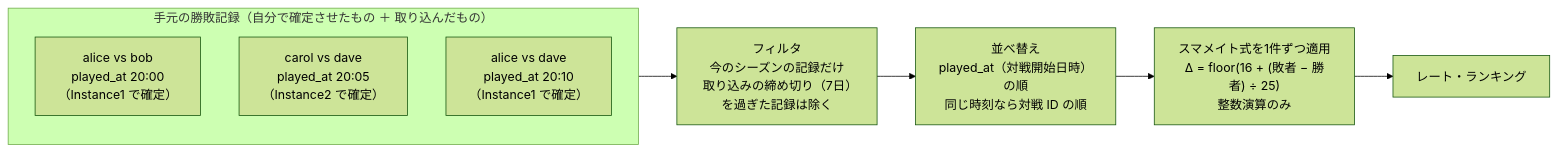
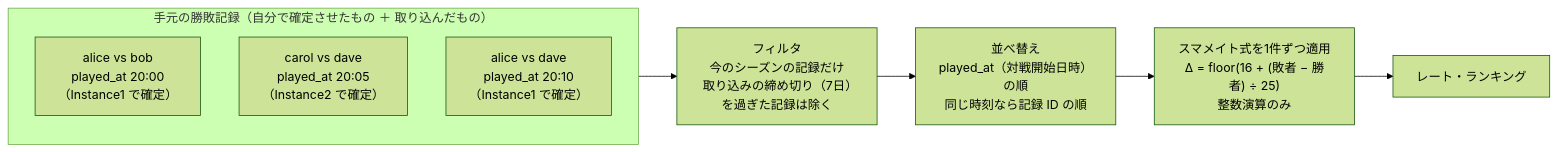
Before and after one commit to tacky0612/smash-hub: the sixth of 8 diagrams in docs/architecture/federation-walkthrough.md, drawn with Mermaid (forest theme). The commit also changed 12 other files, not shown here.

````diff
--- a/docs/architecture/federation-walkthrough.md
+++ b/docs/architecture/federation-walkthrough.md
@@ -163,13 +163,13 @@
 ```mermaid
 flowchart LR
   subgraph IN["手元の勝敗記録（自分で確定させたもの ＋ 取り込んだもの）"]
     direction TB
     M1["alice vs bob<br/>played_at 20:00<br/>（Instance1 で確定）"]
     M2["carol vs dave<br/>played_at 20:05<br/>（Instance2 で確定）"]
     M3["alice vs dave<br/>played_at 20:10<br/>（Instance1 で確定）"]
   end
   IN --> F["フィルタ<br/>今のシーズンの記録だけ<br/>取り込みの締め切り（7日）を過ぎた記録は除く"]
-  F --> S["並べ替え<br/>played_at（対戦開始日時）の順<br/>同じ時刻なら対戦 ID の順"]
+  F --> S["並べ替え<br/>played_at（対戦開始日時）の順<br/>同じ時刻なら記録 ID の順"]
   S --> C["スマメイト式を1件ずつ適用<br/>Δ = floor(16 + (敗者 − 勝者) ÷ 25)<br/>整数演算のみ"]
   C --> O["レート・ランキング"]
 ```
````
